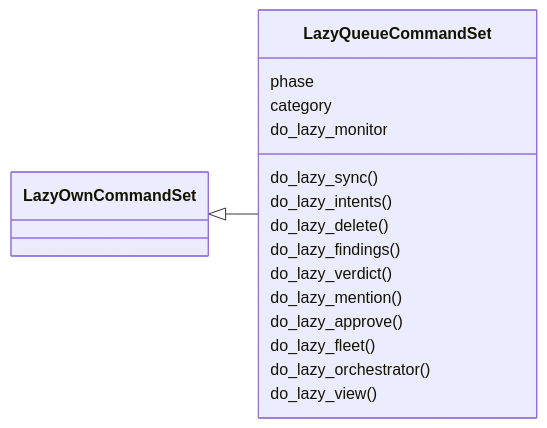
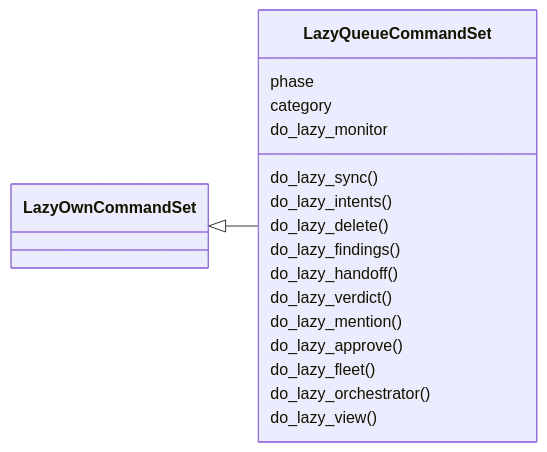
The first of 2 diagrams in readmenator-apidocs/modules/cli.commands.lazyloop.py.md (grisuno/LazyOwn), drawn with Mermaid before and after one commit. The commit also changed other lines of this file and 415 other files, not shown here.

````diff
--- a/readmenator-apidocs/modules/cli.commands.lazyloop.py.md
+++ b/readmenator-apidocs/modules/cli.commands.lazyloop.py.md
@@ -20,20 +20,21 @@
 ```mermaid
 classDiagram
     direction LR
     class LazyQueueCommandSet
     LazyQueueCommandSet : phase
     LazyQueueCommandSet : category
     LazyQueueCommandSet : do_lazy_sync()
     LazyQueueCommandSet : do_lazy_intents()
     LazyQueueCommandSet : do_lazy_delete()
     LazyQueueCommandSet : do_lazy_findings()
+    LazyQueueCommandSet : do_lazy_handoff()
     LazyQueueCommandSet : do_lazy_verdict()
     LazyQueueCommandSet : do_lazy_mention()
     LazyQueueCommandSet : do_lazy_approve()
     LazyQueueCommandSet : do_lazy_fleet()
     LazyQueueCommandSet : do_lazy_orchestrator()
     LazyQueueCommandSet : do_lazy_view()
     LazyQueueCommandSet : do_lazy_monitor
     class LazyOwnCommandSet
     LazyOwnCommandSet <|-- LazyQueueCommandSet
 ```
````
